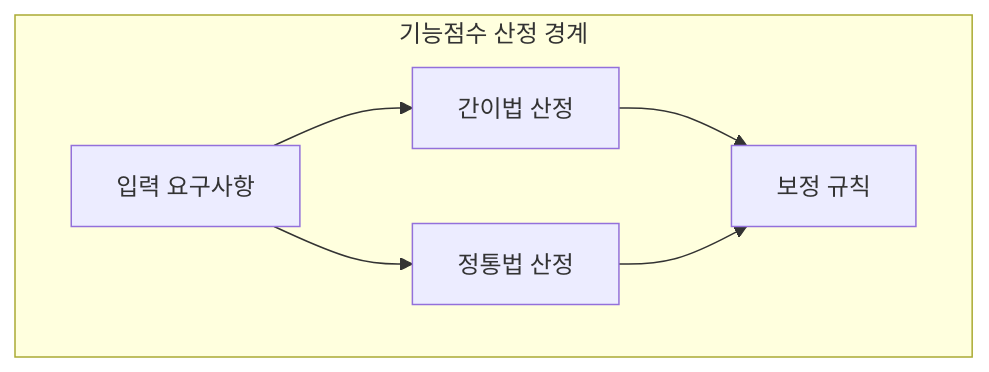
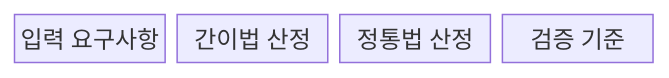
One commit to agnusdei1207/knowledge-base changed the first of 2 diagrams in src/content/docs/notes/03-software/074_fp_estimation_method.md. Above: the diagram before and after it, drawn with Mermaid. The commit also changed other lines of this file and 20 other files, not shown here.

````diff
--- a/src/content/docs/notes/03-software/074_fp_estimation_method.md
+++ b/src/content/docs/notes/03-software/074_fp_estimation_method.md
@@ -58,9 +56,8 @@
 ```mermaid
-flowchart TD
-    subgraph F[기능점수 산정 경계]
-        R["입력 요구사항"] --> E["간이법 산정"]
-        R --> D["정통법 산정"]
-        E --> C["보정 규칙"]
-        D --> C
-    end
+block
+  columns 4
+  R["입력 요구사항"]
+  E["간이법 산정"]
+  D["정통법 산정"]
+  V["검증 기준"]
 ```
````
